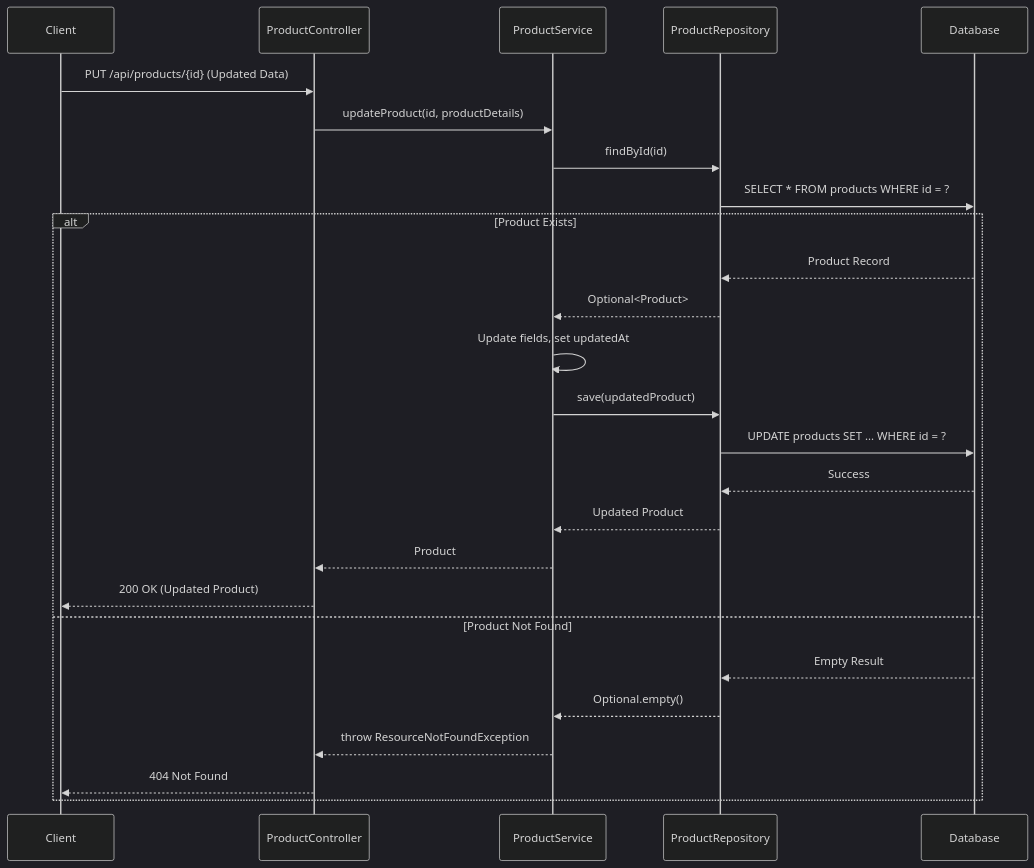
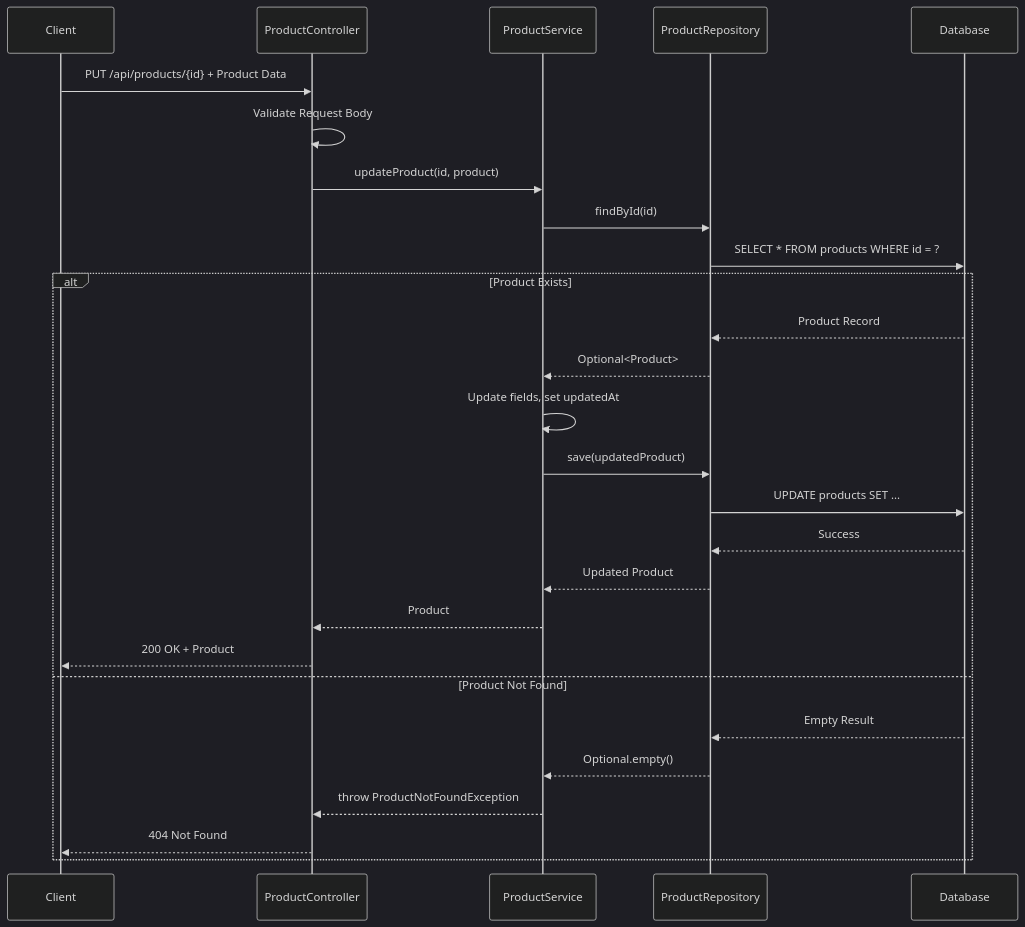
One commit to NavneetBN47/aava-ecom-demo changed the sixth of 13 diagrams in docs/LLD/lld.md. Above: the diagram before and after it, drawn with Mermaid (dark theme). The commit also changed other lines of this file, not shown here.

````diff
--- a/docs/LLD/lld.md
+++ b/docs/LLD/lld.md
@@ -286,30 +307,31 @@
 ```mermaid
 sequenceDiagram
     participant Client
     participant ProductController
     participant ProductService
     participant ProductRepository
     participant Database
 
-    Client->>ProductController: PUT /api/products/{id} (Updated Data)
-    ProductController->>ProductService: updateProduct(id, productDetails)
+    Client->>ProductController: PUT /api/products/{id} + Product Data
+    ProductController->>ProductController: Validate Request Body
+    ProductController->>ProductService: updateProduct(id, product)
     ProductService->>ProductRepository: findById(id)
     ProductRepository->>Database: SELECT * FROM products WHERE id = ?
     
     alt Product Exists
         Database-->>ProductRepository: Product Record
         ProductRepository-->>ProductService: Optional<Product>
         ProductService->>ProductService: Update fields, set updatedAt
         ProductService->>ProductRepository: save(updatedProduct)
-        ProductRepository->>Database: UPDATE products SET ... WHERE id = ?
+        ProductRepository->>Database: UPDATE products SET ...
         Database-->>ProductRepository: Success
         ProductRepository-->>ProductService: Updated Product
         ProductService-->>ProductController: Product
-        ProductController-->>Client: 200 OK (Updated Product)
+        ProductController-->>Client: 200 OK + Product
     else Product Not Found
         Database-->>ProductRepository: Empty Result
         ProductRepository-->>ProductService: Optional.empty()
-        ProductService-->>ProductController: throw ResourceNotFoundException
+        ProductService-->>ProductController: throw ProductNotFoundException
         ProductController-->>Client: 404 Not Found
     end
 ```
````
